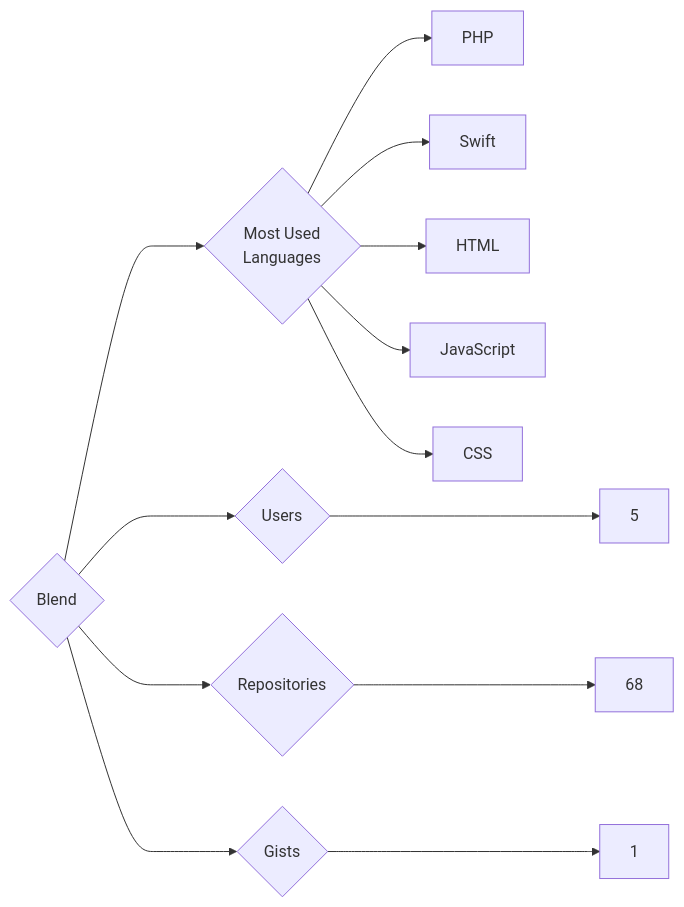
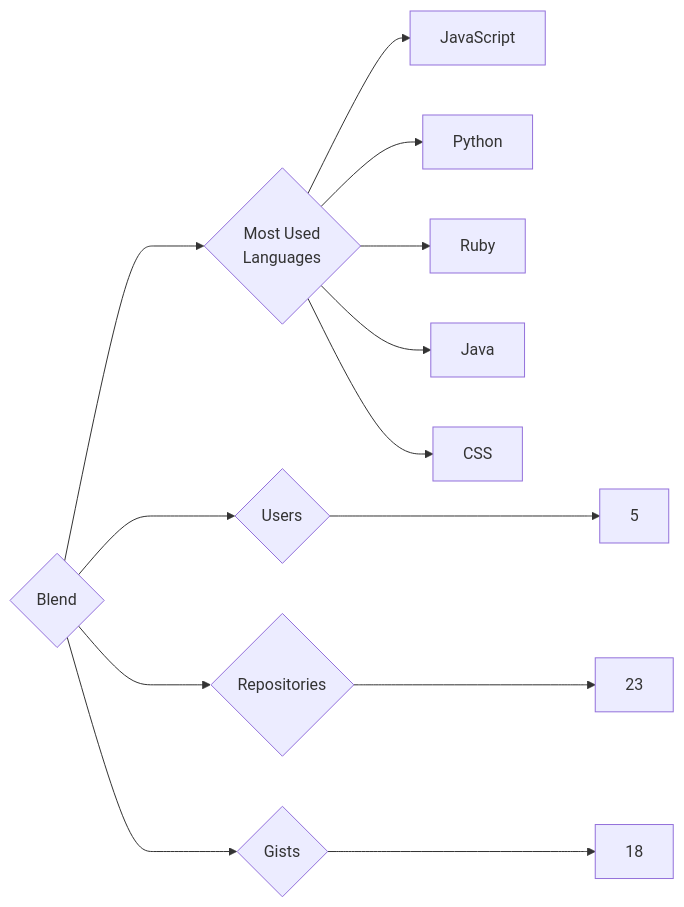
The diagram in targets/Blend/README.md (trickest/insiders), drawn with Mermaid before and after one commit. The commit also changed 925 other files, not shown here.

````diff
--- a/targets/Blend/README.md
+++ b/targets/Blend/README.md
@@ -3,13 +3,13 @@
 ```mermaid
 graph LR
 COMPANY_NAME{Blend}
 COMPANY_NAME ---> U{Users} ---> UN[5]
-COMPANY_NAME ---> R{Repositories} ---> RN[68]
-COMPANY_NAME ---> G{Gists} ---> GN[1]
+COMPANY_NAME ---> R{Repositories} ---> RN[23]
+COMPANY_NAME ---> G{Gists} ---> GN[18]
 COMPANY_NAME ---> ML{Most Used<br>Languages}
-ML --> PHP[PHP]
-ML --> Swift[Swift]
-ML --> HTML[HTML]
 ML --> JavaScript[JavaScript]
+ML --> Python[Python]
+ML --> Ruby[Ruby]
+ML --> Java[Java]
 ML --> CSS[CSS]
 ```
````
